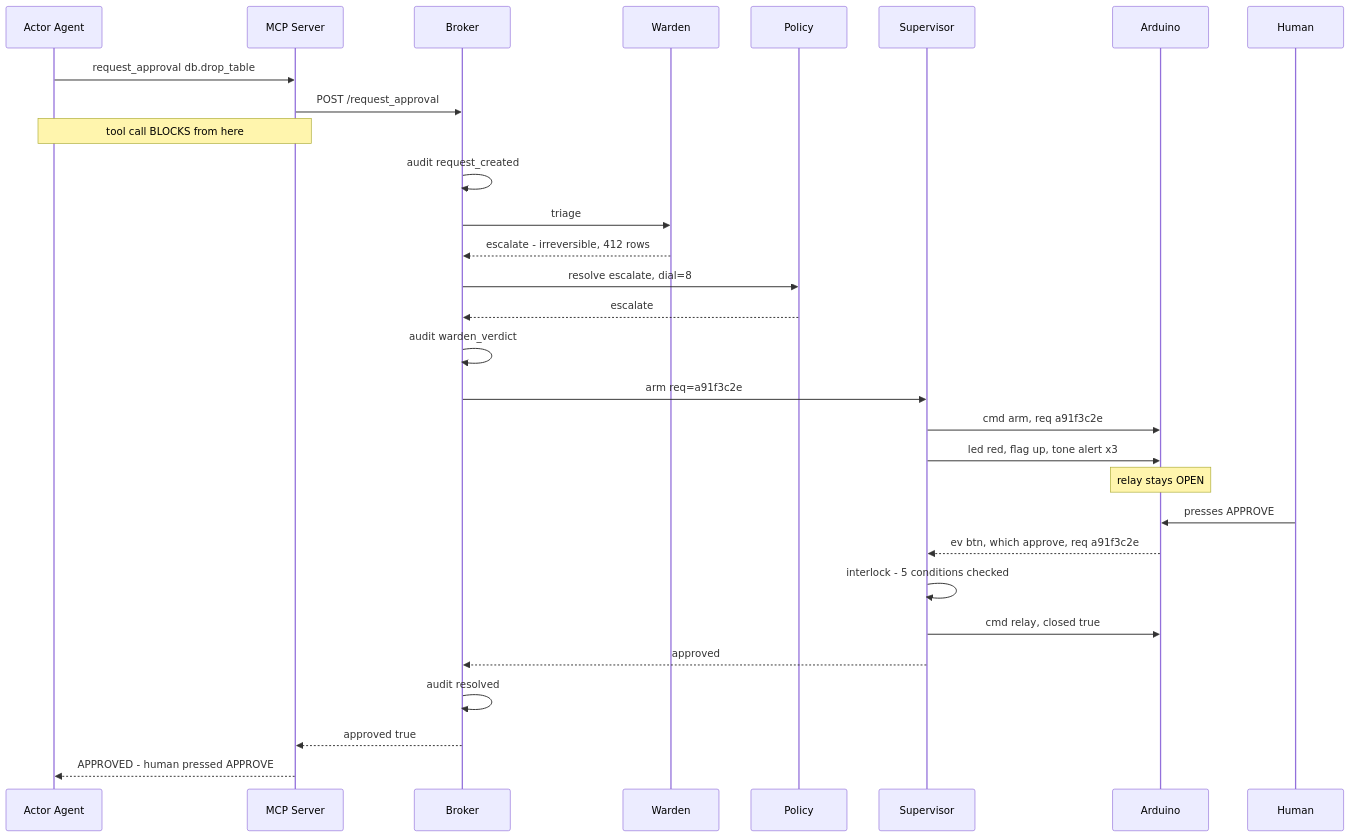
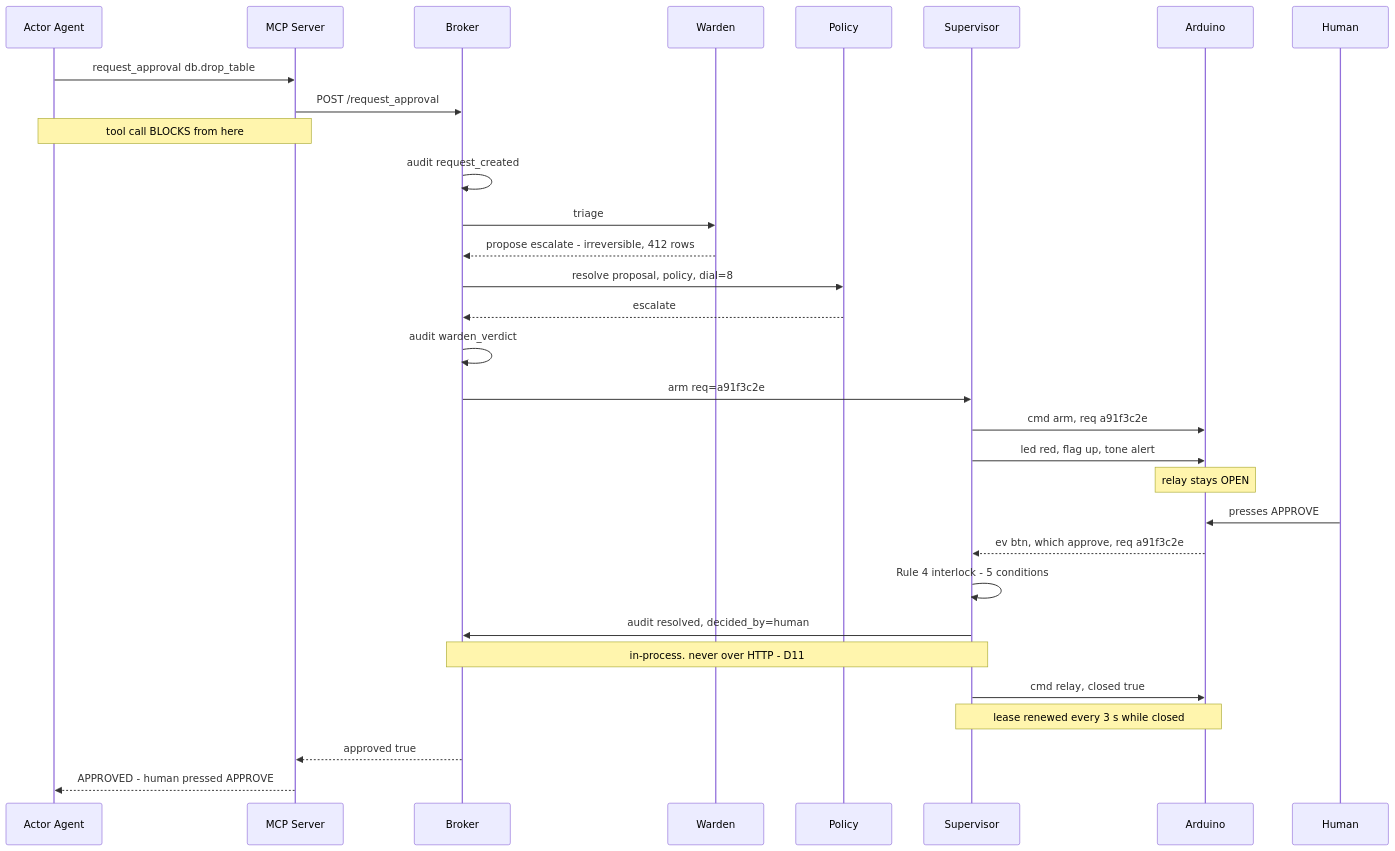
Before and after one commit to tomiwaaluko/airgap: the first of 3 diagrams in docs/DESIGN.md, drawn with Mermaid. The commit also changed other lines of this file and 10 other files, not shown here.

````diff
--- a/docs/DESIGN.md
+++ b/docs/DESIGN.md
@@ -260,33 +345,34 @@
 ```mermaid
 sequenceDiagram
     participant A as Actor Agent
     participant M as MCP Server
     participant B as Broker
     participant W as Warden
     participant P as Policy
     participant S as Supervisor
     participant D as Arduino
     participant H as Human
 
     A->>M: request_approval db.drop_table
     M->>B: POST /request_approval
     Note over A,M: tool call BLOCKS from here
     B->>B: audit request_created
     B->>W: triage
-    W-->>B: escalate - irreversible, 412 rows
-    B->>P: resolve escalate, dial=8
+    W-->>B: propose escalate - irreversible, 412 rows
+    B->>P: resolve proposal, policy, dial=8
     P-->>B: escalate
     B->>B: audit warden_verdict
     B->>S: arm req=a91f3c2e
     S->>D: cmd arm, req a91f3c2e
-    S->>D: led red, flag up, tone alert x3
+    S->>D: led red, flag up, tone alert
     Note over D: relay stays OPEN
     H->>D: presses APPROVE
     D-->>S: ev btn, which approve, req a91f3c2e
-    S->>S: interlock - 5 conditions checked
+    S->>S: Rule 4 interlock - 5 conditions
+    S->>B: audit resolved, decided_by=human
+    Note over S,B: in-process. never over HTTP - D11
     S->>D: cmd relay, closed true
-    S-->>B: approved
-    B->>B: audit resolved
+    Note over S,D: lease renewed every 3 s while closed
     B-->>M: approved true
     M-->>A: APPROVED - human pressed APPROVE
 ```
````
